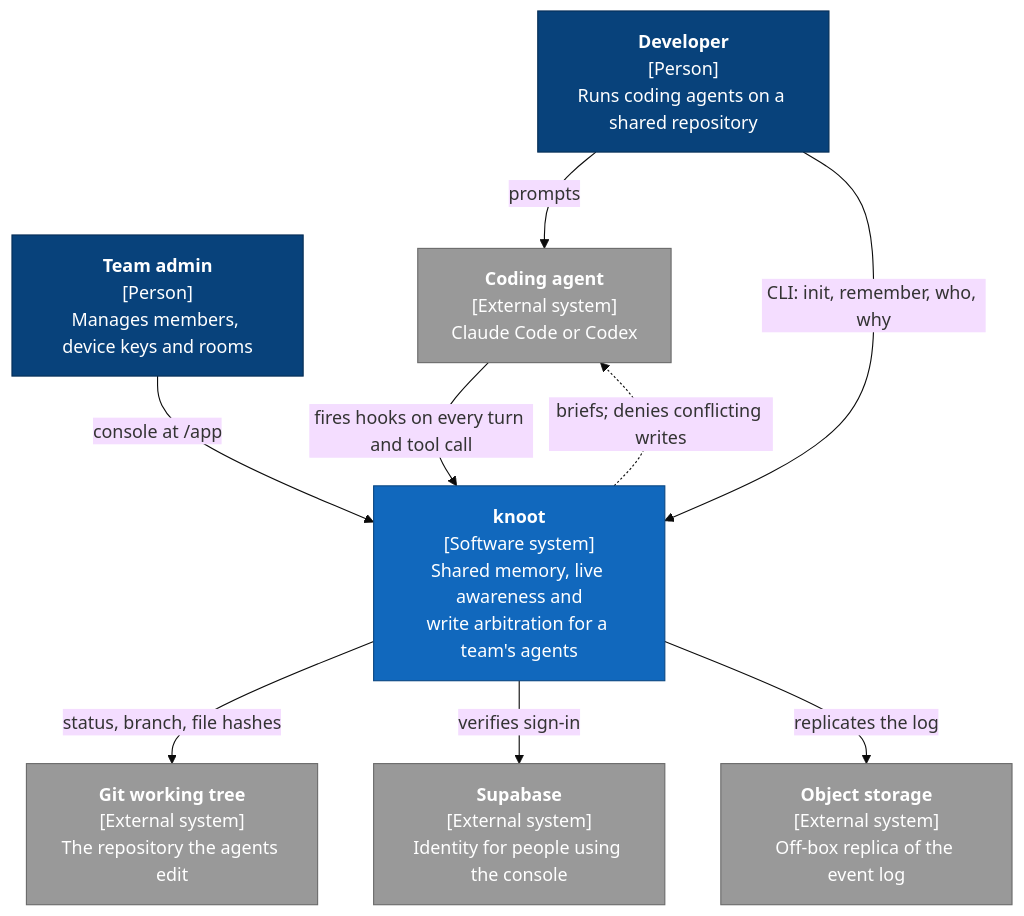
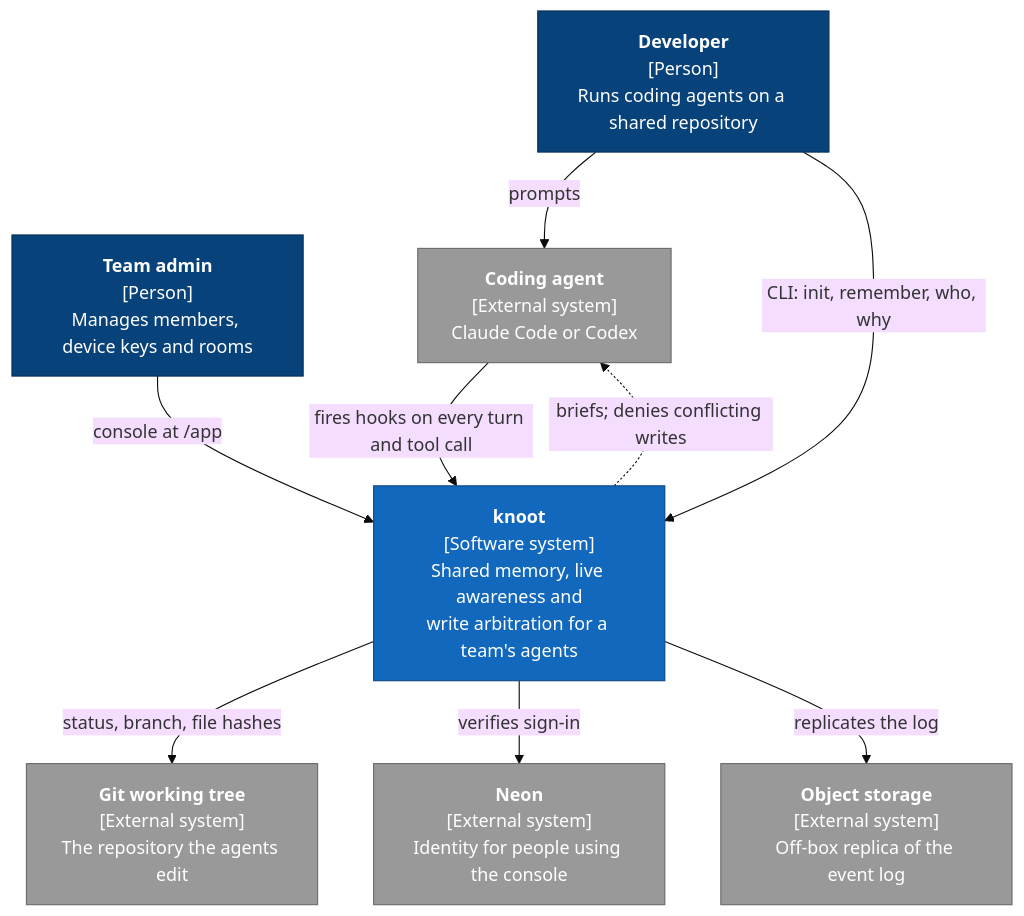
One commit to Ash20pk/knoot changed the first of 6 diagrams in README.md. Above: the diagram before and after it, drawn with Mermaid (base theme). The commit also changed other lines of this file and 31 other files, not shown here.

First line of the commit message:
identity: people sign in through neon auth and the data api instead of supabase, and the relay holds no database secret

````diff
--- a/README.md
+++ b/README.md
@@ -123,25 +123,25 @@
 ```mermaid
 flowchart TB
   dev["<b>Developer</b><br/>[Person]<br/>Runs coding agents on a shared repository"]:::person
   admin["<b>Team admin</b><br/>[Person]<br/>Manages members, device keys and rooms"]:::person
   agent["<b>Coding agent</b><br/>[External system]<br/>Claude Code or Codex"]:::external
   knoot["<b>knoot</b><br/>[Software system]<br/>Shared memory, live awareness and<br/>write arbitration for a team's agents"]:::system
   git["<b>Git working tree</b><br/>[External system]<br/>The repository the agents edit"]:::external
-  supabase["<b>Supabase</b><br/>[External system]<br/>Identity for people using the console"]:::external
+  neon["<b>Neon</b><br/>[External system]<br/>Identity for people using the console"]:::external
   storage["<b>Object storage</b><br/>[External system]<br/>Off-box replica of the event log"]:::external
 
   dev -- "prompts" --> agent
   agent -- "fires hooks on every turn and tool call" --> knoot
   knoot -. "briefs; denies conflicting writes" .-> agent
   dev -- "CLI: init, remember, who, why" --> knoot
   admin -- "console at /app" --> knoot
   knoot -- "status, branch, file hashes" --> git
-  knoot -- "verifies sign-in" --> supabase
+  knoot -- "verifies sign-in" --> neon
   knoot -- "replicates the log" --> storage
   classDef person fill:#08427b,stroke:#052e56,color:#fff
   classDef system fill:#1168bd,stroke:#0b4884,color:#fff
   classDef container fill:#438dd5,stroke:#2e6295,color:#fff
   classDef component fill:#85bbf0,stroke:#5d82a8,color:#000
   classDef external fill:#999999,stroke:#6b6b6b,color:#fff
   classDef db fill:#438dd5,stroke:#2e6295,color:#fff
 ```
````
